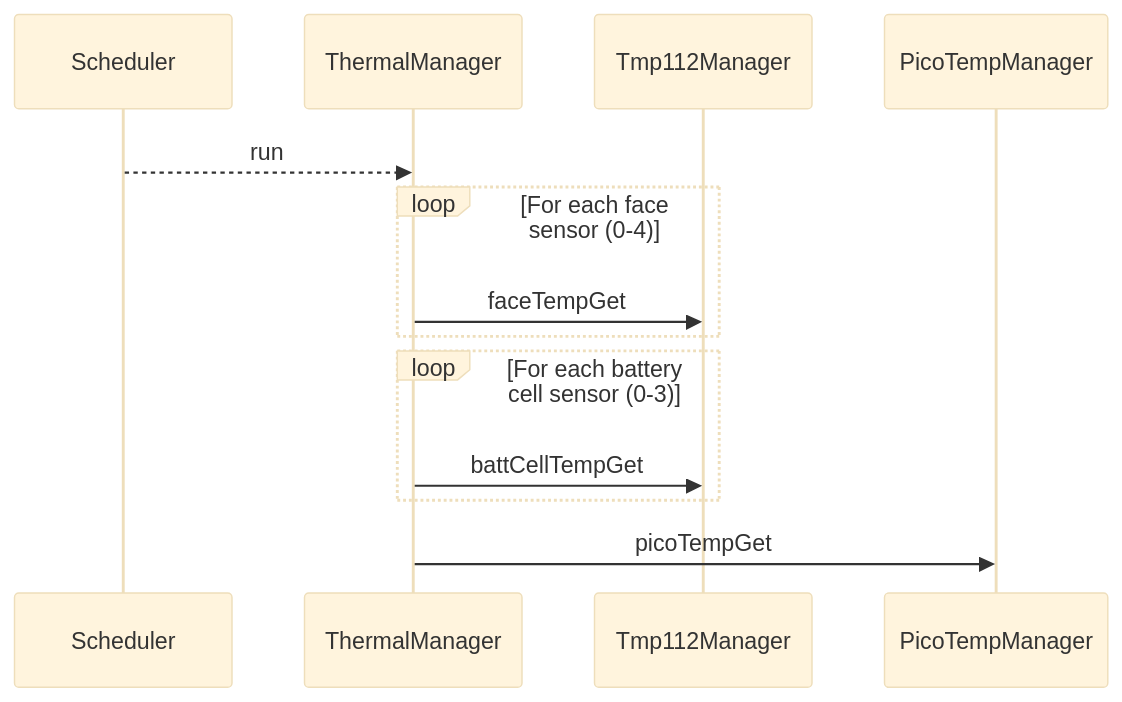
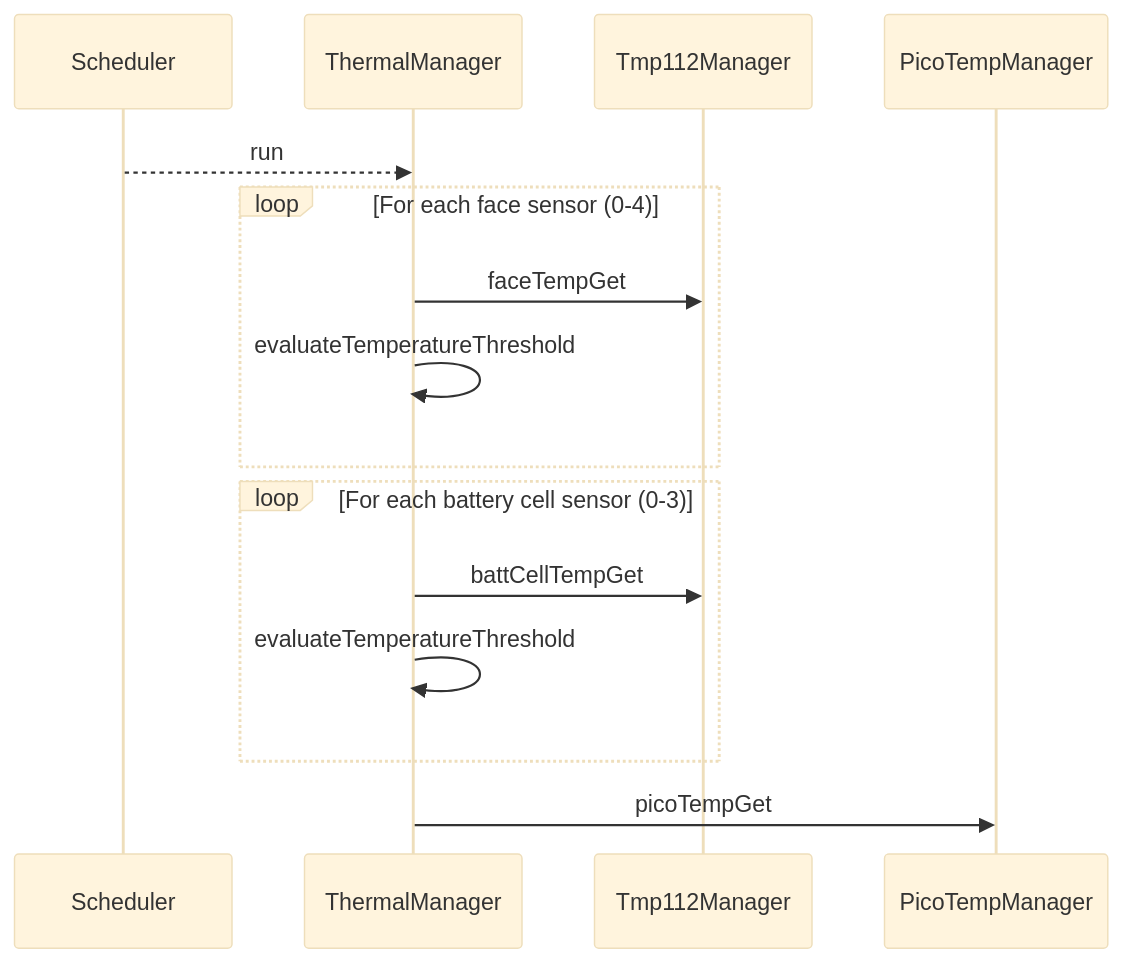
The second of 2 diagrams in PROVESFlightControllerReference/Components/ThermalManager/docs/sdd.md (Open-Source-Space-Foundation/proves-core-reference), drawn with Mermaid (base theme) before and after one commit. The commit also changed other lines of this file and 1 other file, not shown here.

````diff
--- a/PROVESFlightControllerReference/Components/ThermalManager/docs/sdd.md
+++ b/PROVESFlightControllerReference/Components/ThermalManager/docs/sdd.md
@@ -76,16 +74,18 @@
 ```mermaid
 sequenceDiagram
     participant Scheduler
     participant ThermalManager
     participant Tmp112Manager
     participant PicoTempManager
 
     Scheduler-->>ThermalManager: run
     loop For each face sensor (0-4)
         ThermalManager->>Tmp112Manager: faceTempGet
+        ThermalManager->>ThermalManager: evaluateTemperatureThreshold
     end
     loop For each battery cell sensor (0-3)
         ThermalManager->>Tmp112Manager: battCellTempGet
+        ThermalManager->>ThermalManager: evaluateTemperatureThreshold
     end
     ThermalManager->>PicoTempManager: picoTempGet
 ```
````
